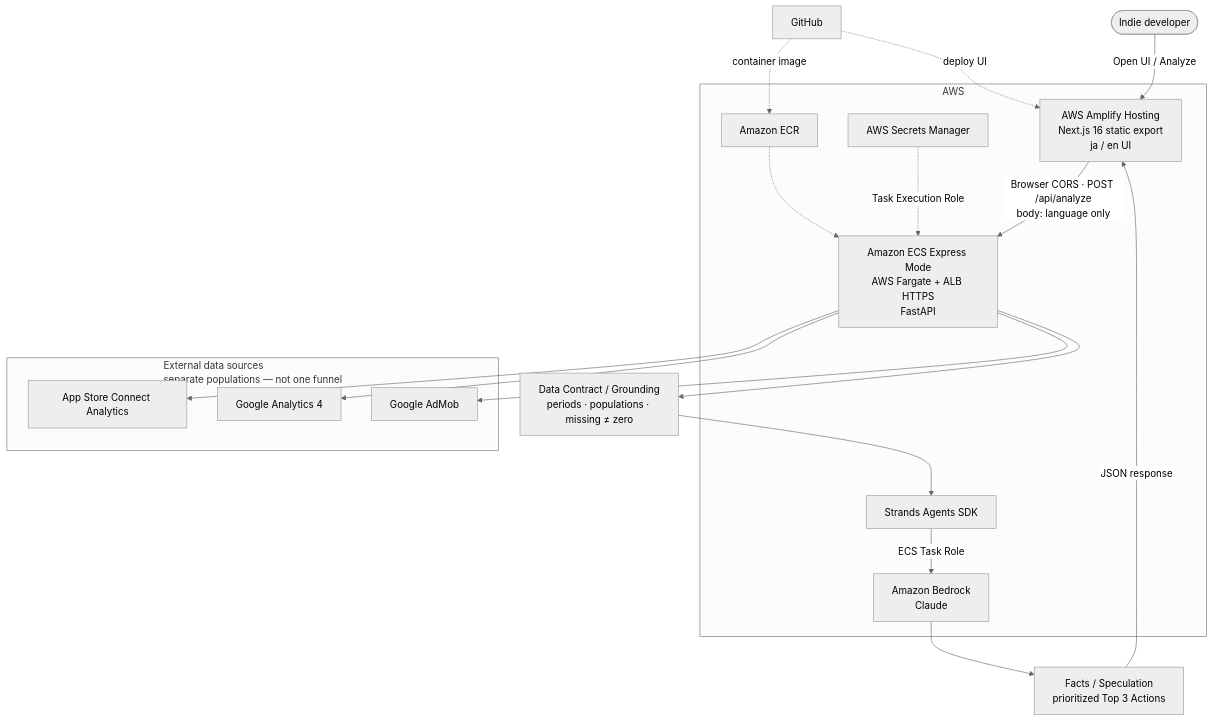
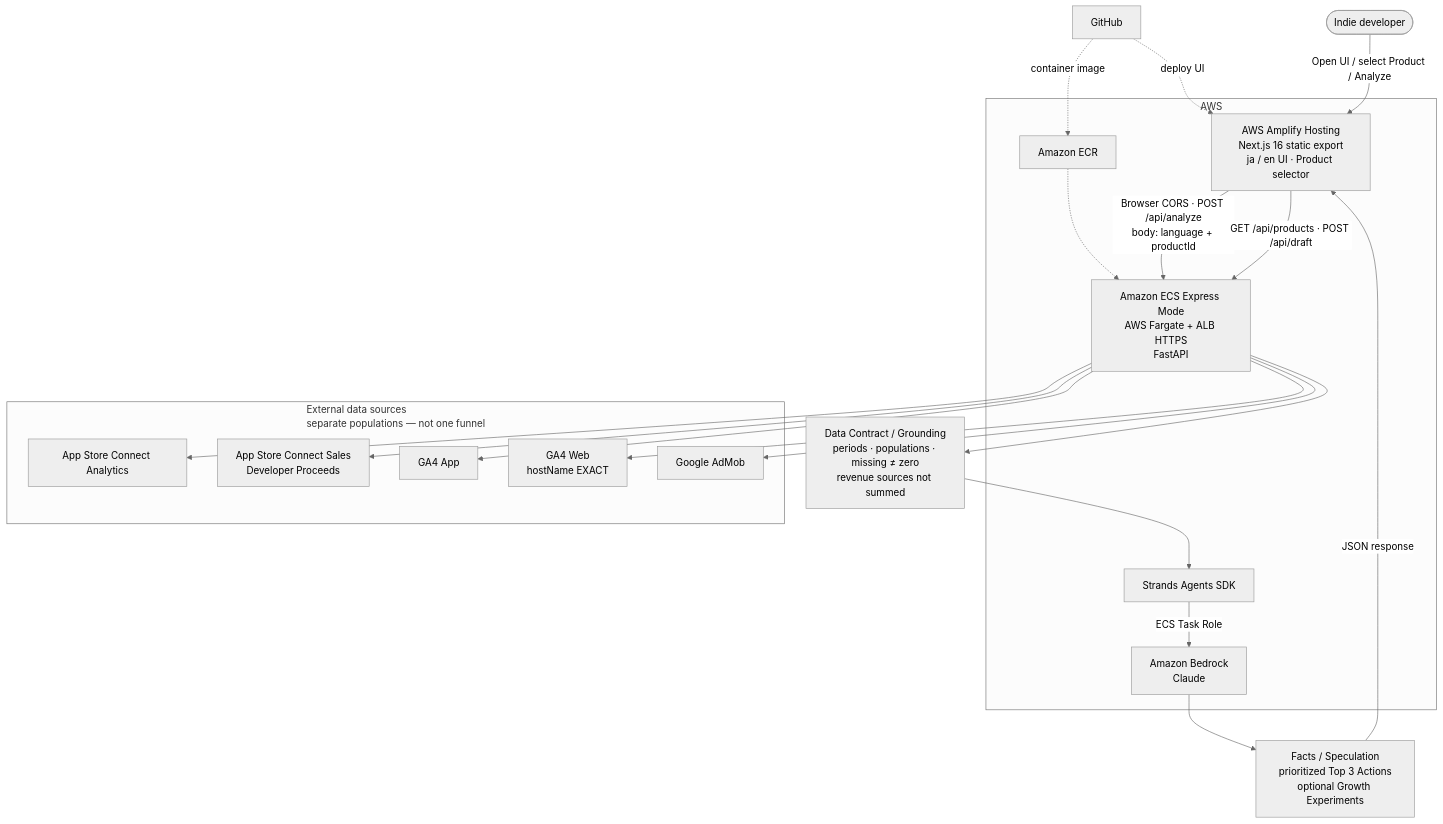
Before and after one commit to yamazakisayuri/indie-growth-agent: the diagram in docs/architecture.mmd, drawn with Mermaid. The commit also changed 19 other files, not shown here.

Commit message:
feat: complete multi-product Growth Agent v1

```diff
--- a/docs/architecture.mmd
+++ b/docs/architecture.mmd
@@ -1,36 +1,39 @@
 %%{init: {"theme": "neutral"}}%%
 flowchart TB
   user([Indie developer])
 
   subgraph aws ["AWS"]
-    amplify["AWS Amplify Hosting<br/>Next.js 16 static export<br/>ja / en UI"]
+    amplify["AWS Amplify Hosting<br/>Next.js 16 static export<br/>ja / en UI · Product selector"]
     ecr["Amazon ECR"]
     ecs["Amazon ECS Express Mode<br/>AWS Fargate + ALB HTTPS<br/>FastAPI"]
-    secrets["AWS Secrets Manager"]
     strands["Strands Agents SDK"]
     bedrock["Amazon Bedrock<br/>Claude"]
   end
 
   subgraph external ["External data sources<br/>separate populations — not one funnel"]
-    asc["App Store Connect Analytics"]
-    ga4["Google Analytics 4"]
+    ascAnalytics["App Store Connect Analytics"]
+    ascSales["App Store Connect Sales<br/>Developer Proceeds"]
+    ga4App["GA4 App"]
+    ga4Web["GA4 Web<br/>hostName EXACT"]
     admob["Google AdMob"]
   end
 
   github["GitHub"] -.->|deploy UI| amplify
   github -.->|container image| ecr
   ecr -.-> ecs
-  secrets -.->|Task Execution Role| ecs
 
-  user -->|Open UI / Analyze| amplify
-  amplify -->|"Browser CORS · POST /api/analyze<br/>body: language only"| ecs
+  user -->|Open UI / select Product / Analyze| amplify
+  amplify -->|"Browser CORS · POST /api/analyze<br/>body: language + productId"| ecs
+  amplify -->|"GET /api/products · POST /api/draft"| ecs
 
-  ecs --> asc
-  ecs --> ga4
+  ecs --> ascAnalytics
+  ecs --> ascSales
+  ecs --> ga4App
+  ecs --> ga4Web
   ecs --> admob
 
-  ecs --> grounding["Data Contract / Grounding<br/>periods · populations · missing ≠ zero"]
+  ecs --> grounding["Data Contract / Grounding<br/>periods · populations · missing ≠ zero<br/>revenue sources not summed"]
   grounding --> strands
   strands -->|ECS Task Role| bedrock
-  bedrock --> result["Facts / Speculation<br/>prioritized Top 3 Actions"]
+  bedrock --> result["Facts / Speculation<br/>prioritized Top 3 Actions<br/>optional Growth Experiments"]
   result -->|JSON response| amplify
```
